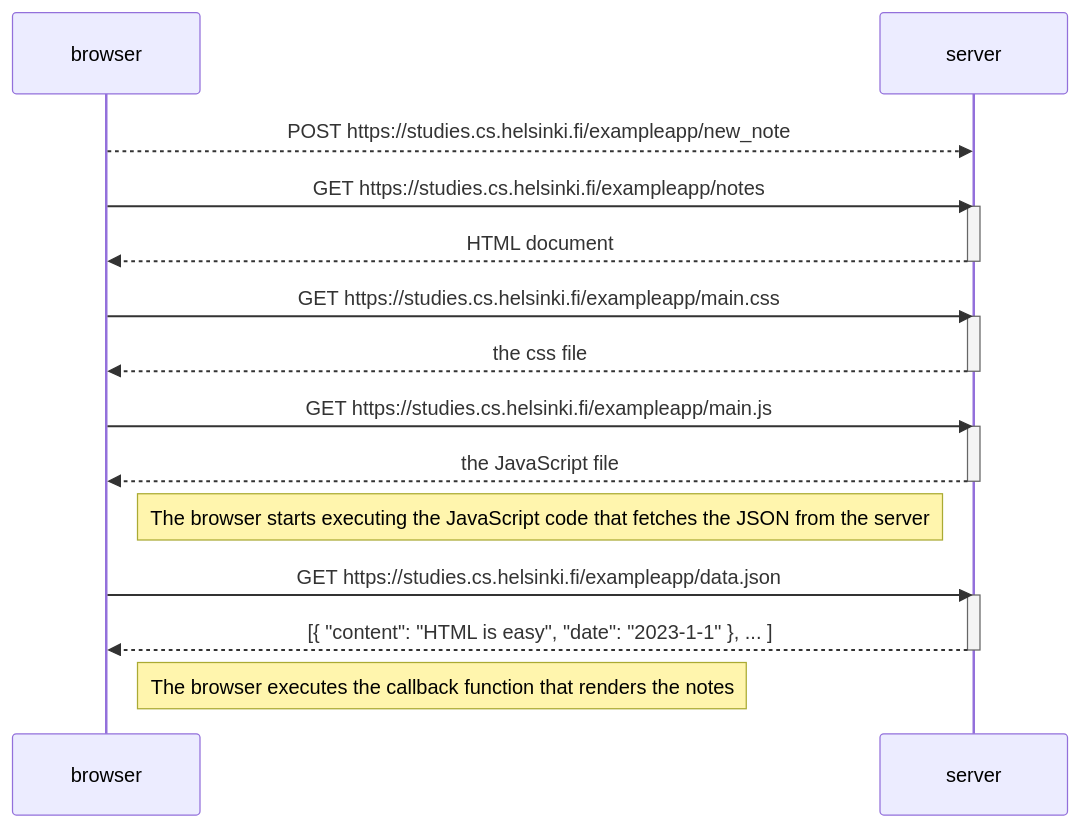
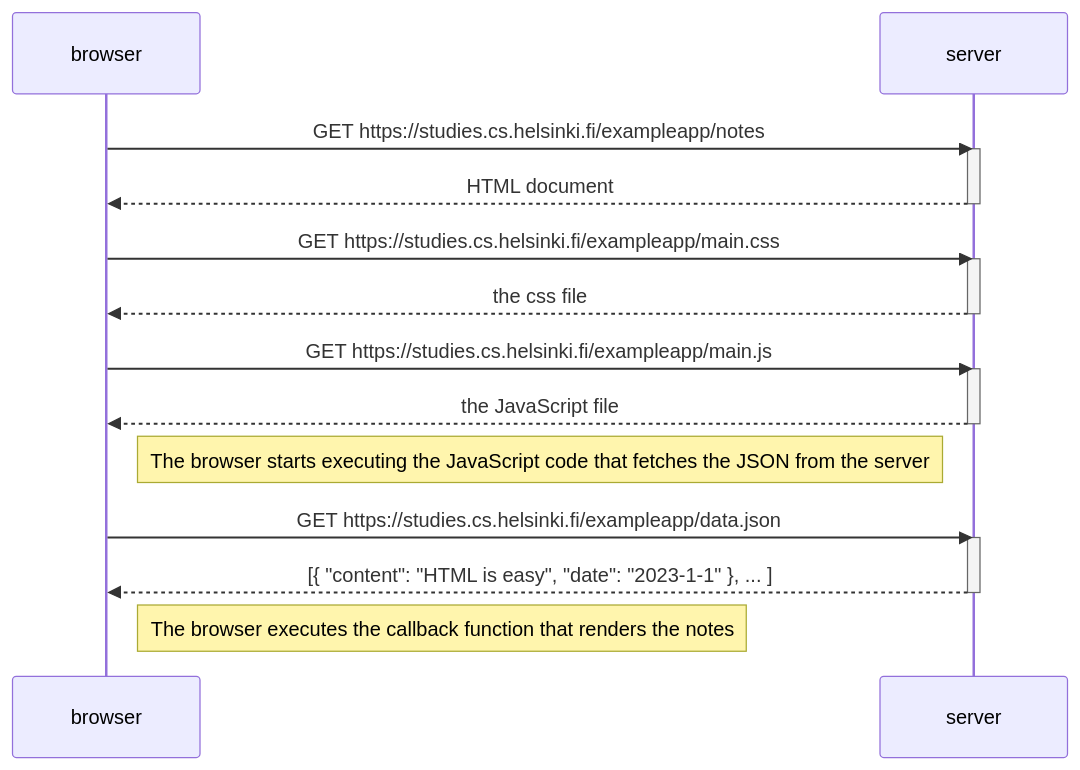
One commit to Gr701/intro changed the diagram in diagram.md. Above: the diagram before and after it, drawn with Mermaid.

````diff
--- a/diagram.md
+++ b/diagram.md
@@ -1,31 +1,28 @@
 ```mermaid
     sequenceDiagram
-        
-
-        browser-->>server: POST https://studies.cs.helsinki.fi/exampleapp/new_note
 
         browser->>server: GET https://studies.cs.helsinki.fi/exampleapp/notes
         activate server
         server-->>browser: HTML document
         deactivate server
     
         browser->>server: GET https://studies.cs.helsinki.fi/exampleapp/main.css
         activate server
         server-->>browser: the css file
         deactivate server
     
         browser->>server: GET https://studies.cs.helsinki.fi/exampleapp/main.js
         activate server
         server-->>browser: the JavaScript file
         deactivate server
     
         Note right of browser: The browser starts executing the JavaScript code that fetches the JSON from the server
     
         browser->>server: GET https://studies.cs.helsinki.fi/exampleapp/data.json
         activate server
         server-->>browser: [{ "content": "HTML is easy", "date": "2023-1-1" }, ... ]
         deactivate server
     
         Note right of browser: The browser executes the callback function that renders the notes
                              
 ```
````
